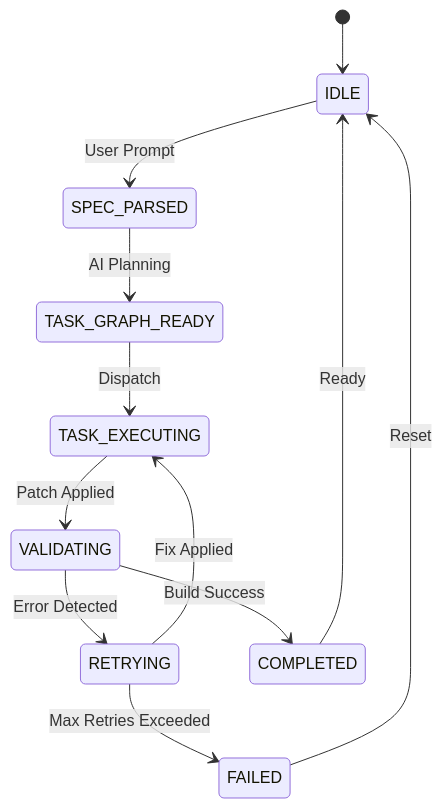
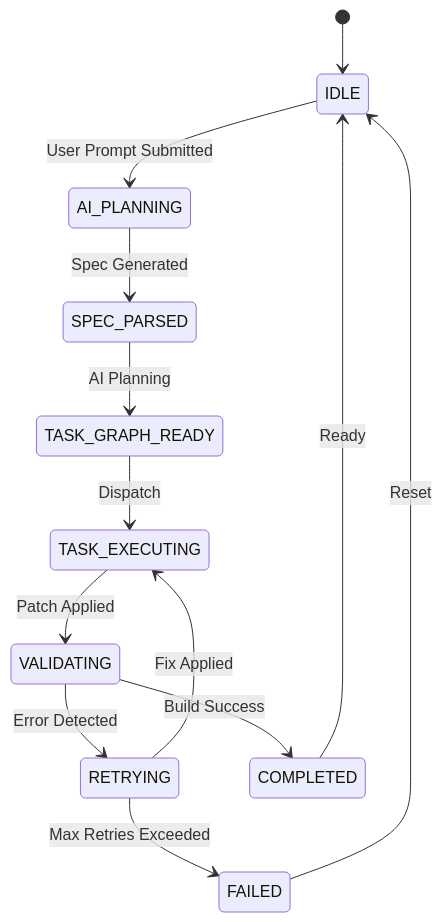
The third of 5 diagrams in docs/SYSTEM_ARCHITECTURE.md (pavan53732/SYNC-AI-FULL-STACK-APP-BUILDER), drawn with Mermaid before and after one commit. The commit also changed other lines of this file, not shown here.

First line of the commit message:
docs: close all architectural gaps in SYSTEM_ARCHITECTURE.md

````diff
--- a/docs/SYSTEM_ARCHITECTURE.md
+++ b/docs/SYSTEM_ARCHITECTURE.md
@@ -1199,14 +1234,15 @@
 ```mermaid
 stateDiagram-v2
     [*] --> IDLE
-    IDLE --> SPEC_PARSED: User Prompt
+    IDLE --> AI_PLANNING: User Prompt Submitted
+    AI_PLANNING --> SPEC_PARSED: Spec Generated
     SPEC_PARSED --> TASK_GRAPH_READY: AI Planning
     TASK_GRAPH_READY --> TASK_EXECUTING: Dispatch
     TASK_EXECUTING --> VALIDATING: Patch Applied
     VALIDATING --> RETRYING: Error Detected
     RETRYING --> TASK_EXECUTING: Fix Applied
     VALIDATING --> COMPLETED: Build Success
     RETRYING --> FAILED: Max Retries Exceeded
     COMPLETED --> IDLE: Ready
     FAILED --> IDLE: Reset
 ```
````
